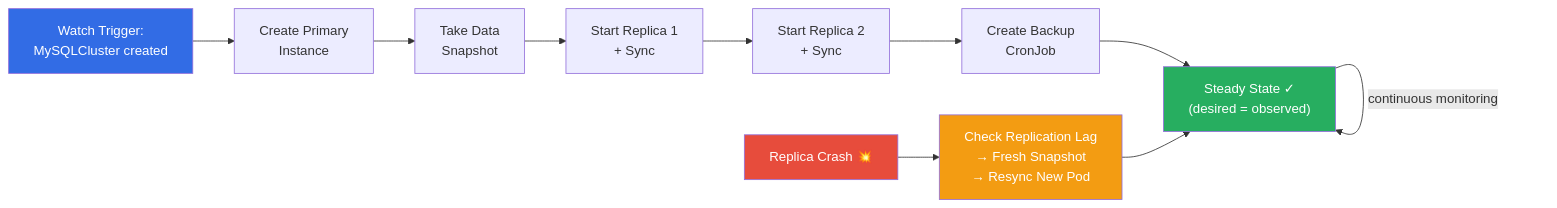
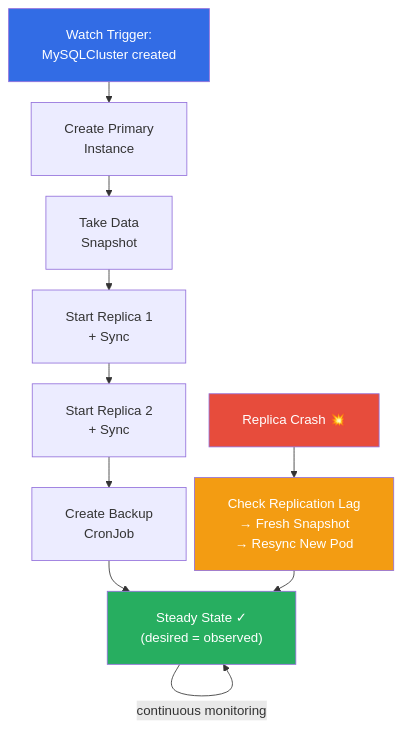
Before and after one commit to Alnour/kube_book: the second of 4 diagrams in Chapter_6_Expanded.md, drawn with Mermaid. The commit also changed other lines of this file and 7 other files, not shown here.

First line of the commit message:
Fix Mermaid diagram sizing, layout, and label rendering

````diff
--- a/Chapter_6_Expanded.md
+++ b/Chapter_6_Expanded.md
@@ -104,18 +105,19 @@
 ```mermaid
-graph LR
-    Watch["Watch Trigger:\nMySQLCluster created"] --> Primary["Create Primary\nInstance"]
-    Primary --> Snapshot["Take Data\nSnapshot"]
-    Snapshot --> R1["Start Replica 1\n+ Sync"]
-    R1 --> R2["Start Replica 2\n+ Sync"]
-    R2 --> Backup["Create Backup\nCronJob"]
-    Backup --> Steady["Steady State ✓\n(desired = observed)"]
+%%{init: {'flowchart': {'nodeSpacing': 10, 'rankSpacing': 25, 'padding': 20, 'subGraphTitleMargin': {'top': 10, 'bottom': 5}}}}%%
+graph TB
+    Watch["Watch Trigger:<br/>MySQLCluster created"] --> Primary["Create Primary<br/>Instance"]
+    Primary --> Snapshot["Take Data<br/>Snapshot"]
+    Snapshot --> R1["Start Replica 1<br/>+ Sync"]
+    R1 --> R2["Start Replica 2<br/>+ Sync"]
+    R2 --> Backup["Create Backup<br/>CronJob"]
+    Backup --> Steady["Steady State ✓<br/>(desired = observed)"]
     Steady -->|"continuous monitoring"| Steady
 
-    Crash["Replica Crash 💥"] --> Resync["Check Replication Lag\n→ Fresh Snapshot\n→ Resync New Pod"]
+    Crash["Replica Crash 💥"] --> Resync["Check Replication Lag<br/>→ Fresh Snapshot<br/>→ Resync New Pod"]
     Resync --> Steady
 
     style Watch fill:#326ce5,color:#fff
     style Steady fill:#27ae60,color:#fff
     style Crash fill:#e74c3c,color:#fff
     style Resync fill:#f39c12,color:#fff
 ```
````
